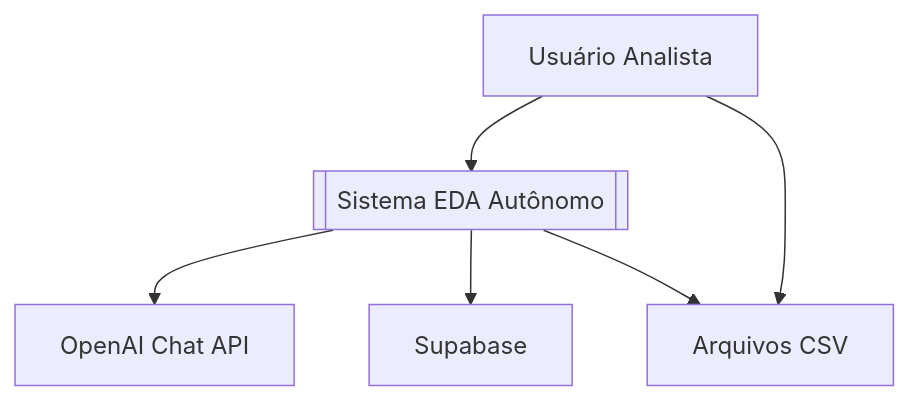
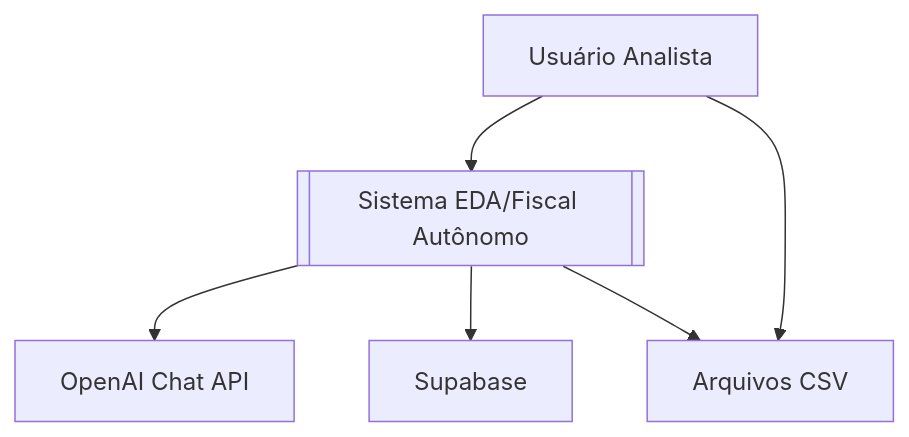
The second of 4 diagrams in README.md (meta-i2a2-sigma-ia/projeto-final), drawn with Mermaid before and after one commit. The commit also changed other lines of this file and 29 other files, not shown here.

````diff
--- a/README.md
+++ b/README.md
@@ -81,14 +89,14 @@
 ```mermaid
 graph TD
     U[Usuário Analista]
-    SYS[[Sistema EDA Autônomo]]
+    SYS[[Sistema EDA/Fiscal Autônomo]]
     LLM[OpenAI Chat API]
     SUPA[Supabase]
     CSV[Arquivos CSV]
 
     U --> SYS
     SYS --> LLM
     SYS --> SUPA
     U --> CSV
     SYS --> CSV
 ```
````
